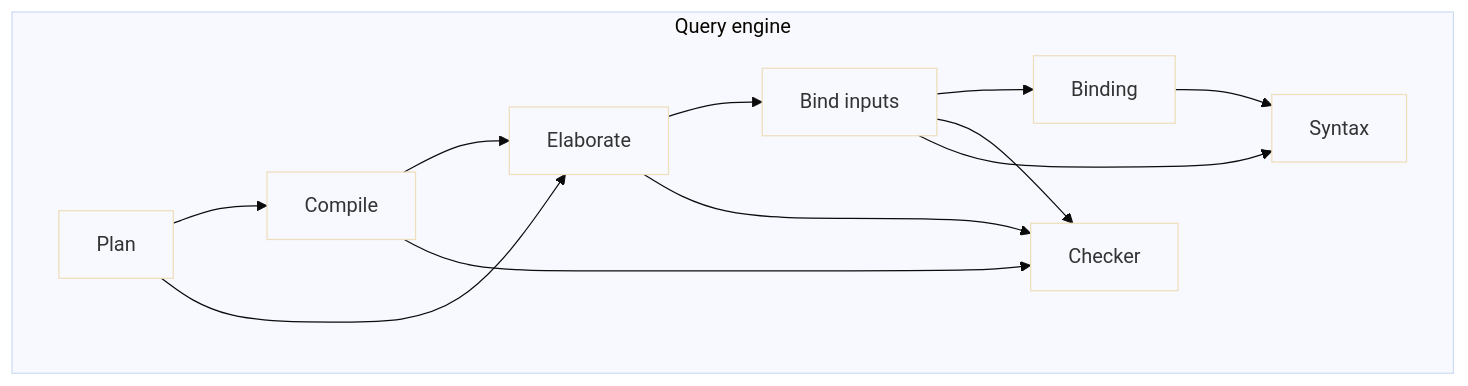
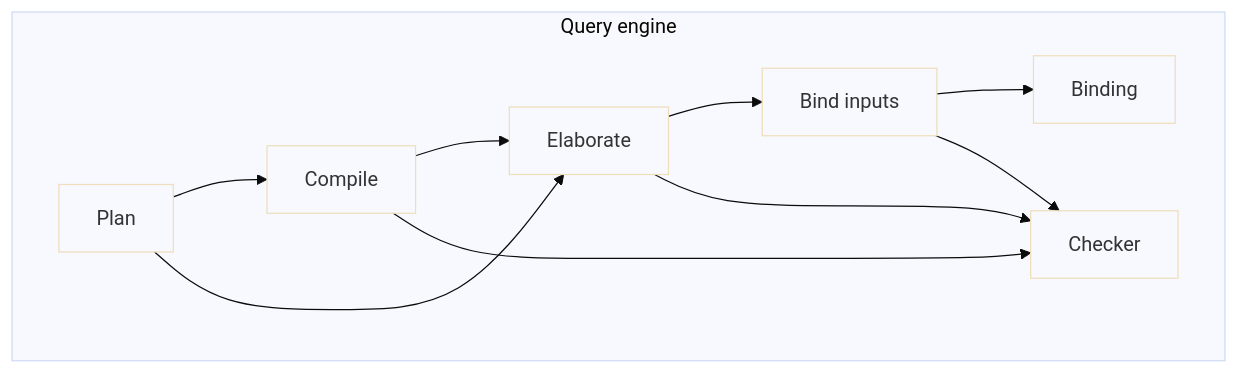
One commit to MotleyAI/slayer changed the second of 2 diagrams in architecture/engine.arc42.md. Above: the diagram before and after it, drawn with Mermaid (base theme). The commit also changed other lines of this file and 71 other files, not shown here.

````diff
--- a/architecture/engine.arc42.md
+++ b/architecture/engine.arc42.md
@@ -82,25 +82,22 @@
 ```mermaid
 flowchart TD
   %% engine_focus: Engine seam
   subgraph engine["Query engine"]
-    engine__syntax["Syntax"]
     engine__binding["Binding"]
     engine__bind_inputs["Bind inputs"]
     engine__elaborate_env["Checker"]
     engine__elaborate["Elaborate"]
     engine__compile["Compile"]
     engine__plan["Plan"]
   end
-  engine__binding --> engine__syntax
   engine__bind_inputs --> engine__binding
   engine__bind_inputs --> engine__elaborate_env
-  engine__bind_inputs --> engine__syntax
   engine__compile --> engine__elaborate
   engine__compile --> engine__elaborate_env
   engine__elaborate --> engine__bind_inputs
   engine__elaborate --> engine__elaborate_env
   engine__plan --> engine__compile
   engine__plan --> engine__elaborate
   classDef leaf fill:none;
-  class engine__syntax,engine__binding,engine__bind_inputs,engine__elaborate_env,engine__elaborate,engine__compile,engine__plan leaf;
+  class engine__binding,engine__bind_inputs,engine__elaborate_env,engine__elaborate,engine__compile,engine__plan leaf;
 ```
````
